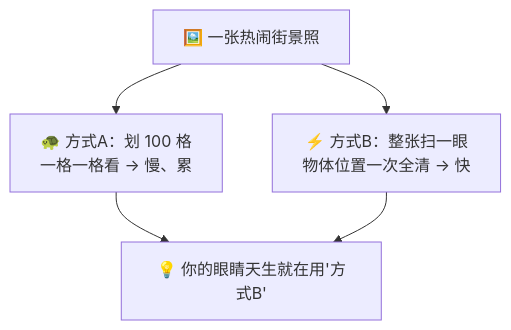
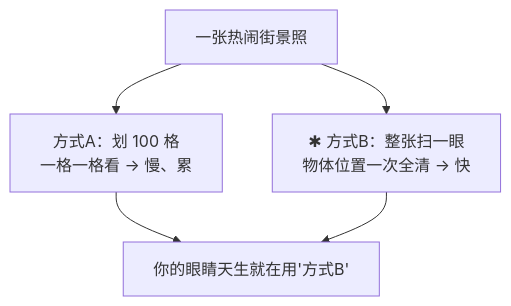
The sixth of 7 diagrams in docs/02_CONCEPTS_概念入门/CONCEPT/[CONCEPT-17] 什么是YOLO-实时目标检测.md (luckykhy/KhyAiHub), drawn with Mermaid before and after one commit. The commit also changed other lines of this file and 19 other files, not shown here.

````diff
--- a/docs/02_CONCEPTS_概念入门/CONCEPT/[CONCEPT-17] 什么是YOLO-实时目标检测.md
+++ b/docs/02_CONCEPTS_概念入门/CONCEPT/[CONCEPT-17] 什么是YOLO-实时目标检测.md
@@ -227,8 +227,8 @@
 ```mermaid
 flowchart TB
-  PIC["🖼️ 一张热闹街景照"]
-  PIC --> A["🐢 方式A：划 100 格<br/>一格一格看 → 慢、累"]
-  PIC --> B["⚡ 方式B：整张扫一眼<br/>物体位置一次全清 → 快"]
-  A --> INSIGHT["💡 你的眼睛天生就在用'方式B'"]
+  PIC["一张热闹街景照"]
+  PIC --> A["方式A：划 100 格<br/>一格一格看 → 慢、累"]
+  PIC --> B["✱ 方式B：整张扫一眼<br/>物体位置一次全清 → 快"]
+  A --> INSIGHT["你的眼睛天生就在用'方式B'"]
   B --> INSIGHT
 ```
````
